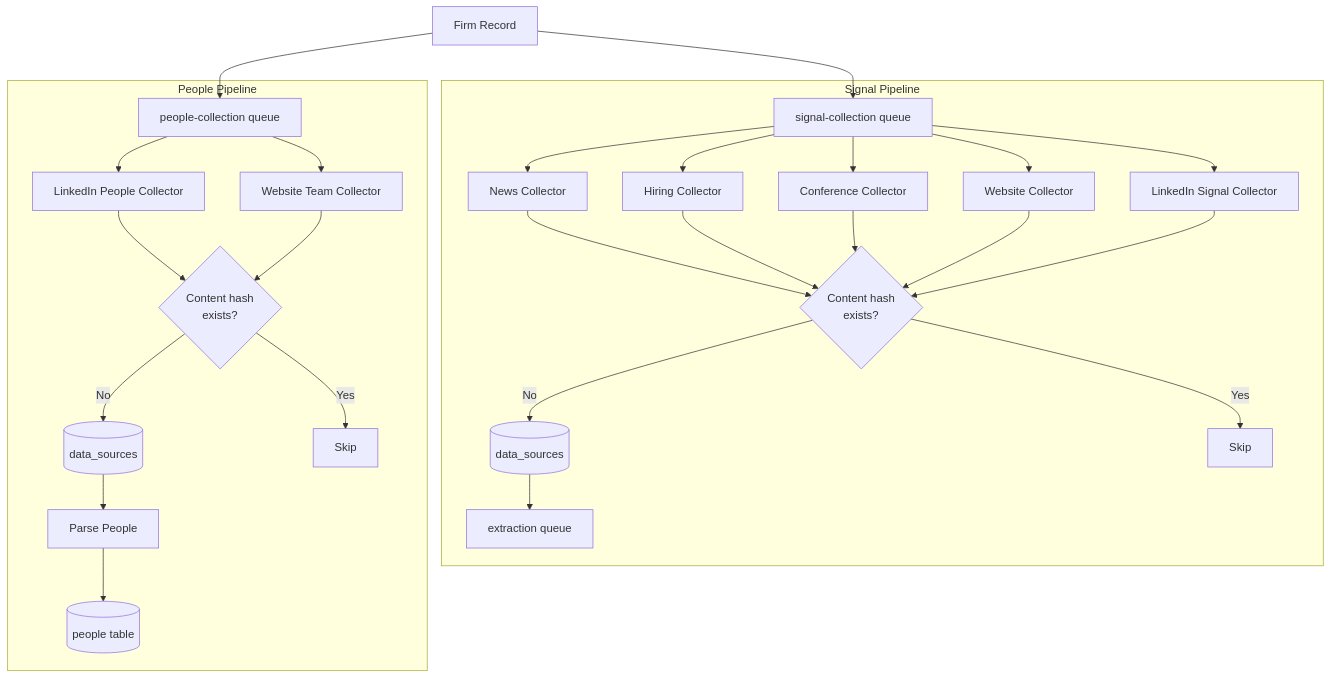
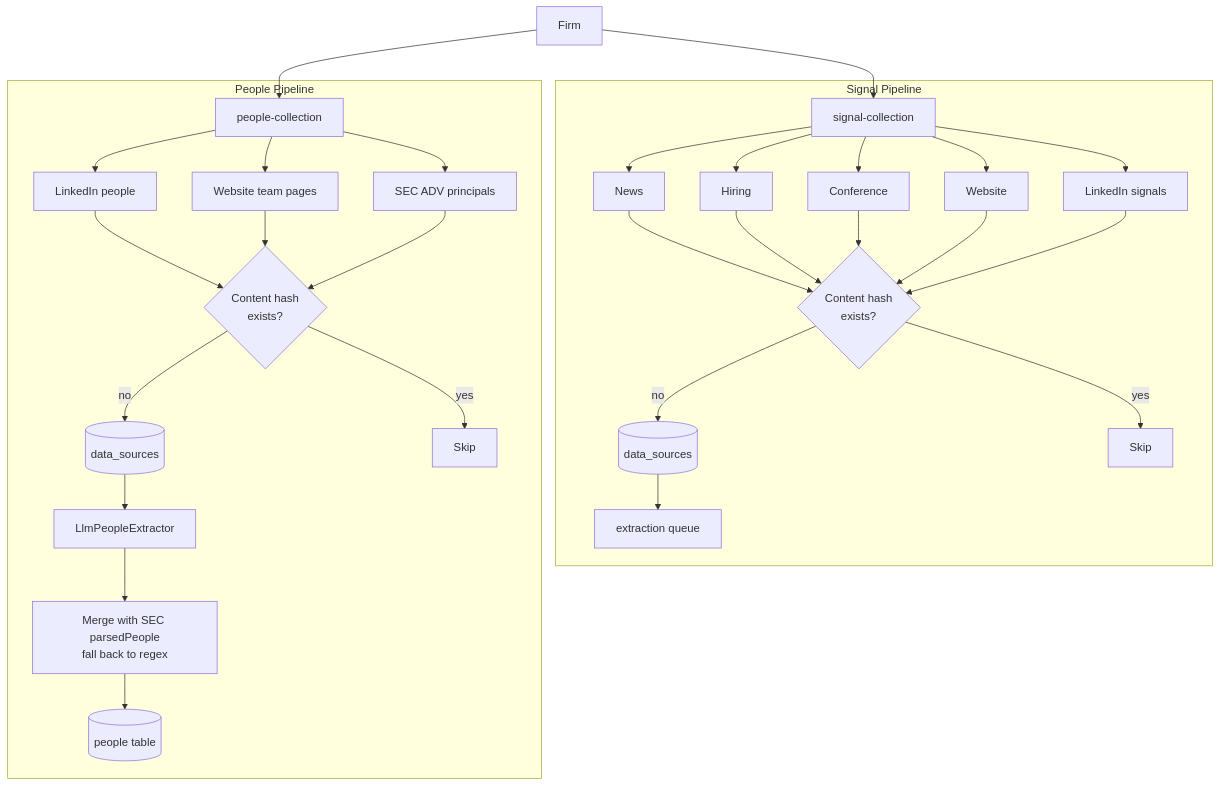
The third of 6 diagrams in backend/docs/data-extraction-pipeline/PIPELINE.md (GuilhermeDaSilvaFerreira/ai-usage-scraper), drawn with Mermaid before and after one commit. The commit also changed other lines of this file and 7 other files, not shown here.

````diff
--- a/backend/docs/data-extraction-pipeline/PIPELINE.md
+++ b/backend/docs/data-extraction-pipeline/PIPELINE.md
@@ -75,29 +65,29 @@
 ```mermaid
 flowchart TB
-    FIRM[Firm Record] --> SQ[signal-collection queue]
-    FIRM --> PQ[people-collection queue]
+    FIRM[Firm] --> SCQ[signal-collection]
+    FIRM --> PCQ[people-collection]
 
-    subgraph signal_pipeline [Signal Pipeline]
-        SQ --> NC[News Collector]
-        SQ --> HC[Hiring Collector]
-        SQ --> CC[Conference Collector]
-        SQ --> WC[Website Collector]
-        SQ --> LS[LinkedIn Signal Collector]
-
-        NC & HC & CC & WC & LS --> SDEDUP{Content hash\nexists?}
-        SDEDUP -->|No| SDS[(data_sources)]
-        SDEDUP -->|Yes| SKIP1[Skip]
+    subgraph signals [Signal Pipeline]
+        SCQ --> NC[News]
+        SCQ --> HC[Hiring]
+        SCQ --> CC[Conference]
+        SCQ --> WC[Website]
+        SCQ --> LS[LinkedIn signals]
+        NC & HC & CC & WC & LS --> DDS{Content hash<br/>exists?}
+        DDS -->|no| SDS[(data_sources)]
         SDS --> EQ[extraction queue]
+        DDS -->|yes| SKIP1[Skip]
     end
 
-    subgraph people_pipeline [People Pipeline]
-        PQ --> LP[LinkedIn People Collector]
-        PQ --> WP[Website Team Collector]
-
-        LP & WP --> PDEDUP{Content hash\nexists?}
-        PDEDUP -->|No| PDS[(data_sources)]
-        PDEDUP -->|Yes| SKIP2[Skip]
-        PDS --> PARSE[Parse People]
+    subgraph people [People Pipeline]
+        PCQ --> LP[LinkedIn people]
+        PCQ --> WP[Website team pages]
+        PCQ --> SA[SEC ADV principals]
+        LP & WP & SA --> DDP{Content hash<br/>exists?}
+        DDP -->|no| PDS[(data_sources)]
+        DDP -->|yes| SKIP2[Skip]
+        PDS --> LLMP[LlmPeopleExtractor]
+        LLMP --> PARSE[Merge with SEC parsedPeople<br/>fall back to regex]
         PARSE --> PEOPLE[(people table)]
     end
 ```
````
